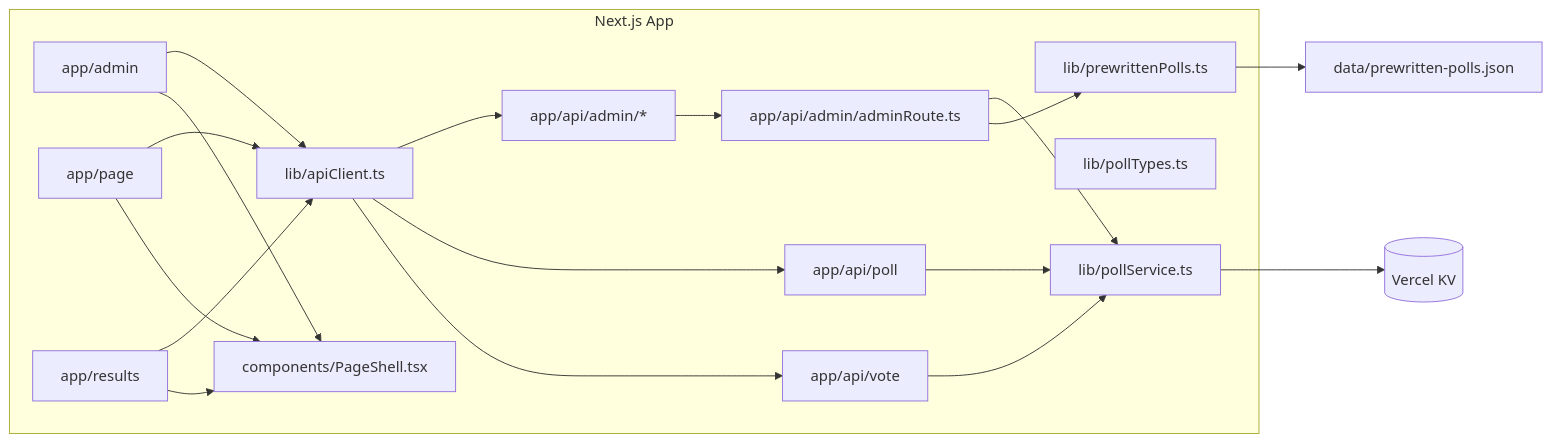
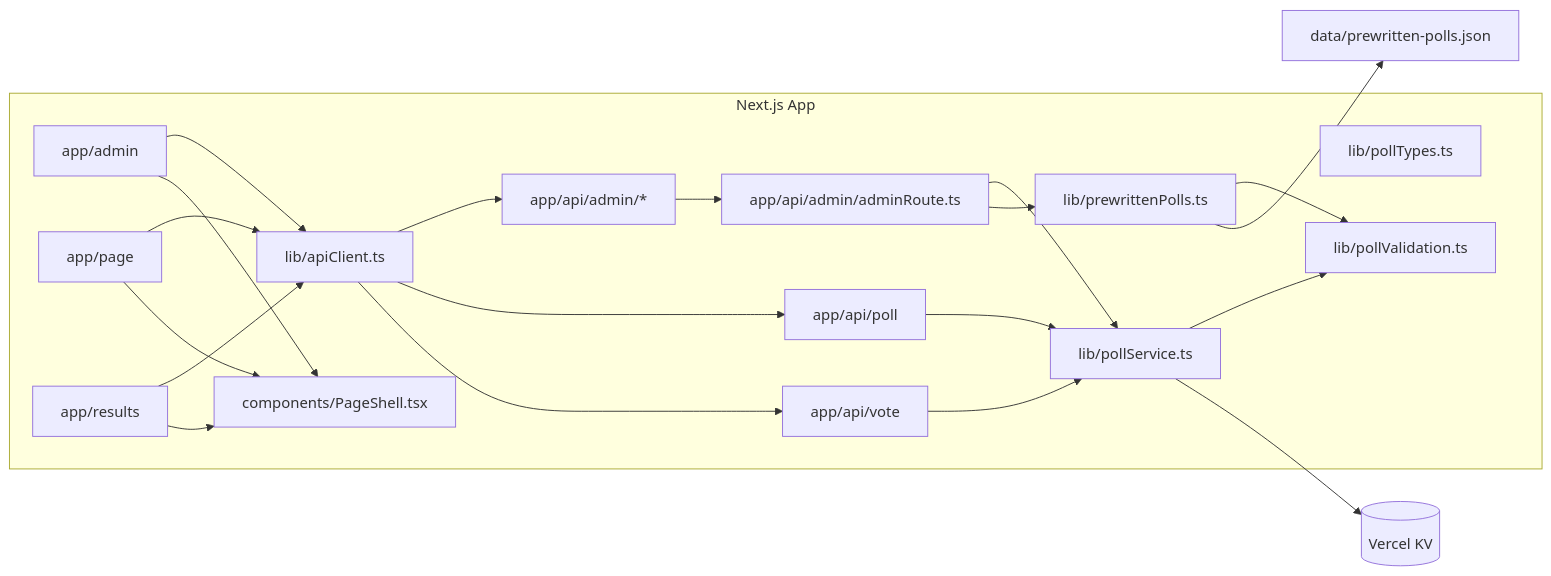
Before and after one commit to grp06/live-polling: the second of 2 diagrams in ARCHITECTURE.md, drawn with Mermaid. The commit also changed other lines of this file and 1 other file, not shown here.

Commit message:
Update architecture for poll validation

````diff
--- a/ARCHITECTURE.md
+++ b/ARCHITECTURE.md
@@ -94,33 +100,36 @@
 ```mermaid
 flowchart LR
   subgraph NextApp[Next.js App]
     AdminUI2[app/admin]
     AttendeeUI2[app/page]
     ResultsUI2[app/results]
     ApiClient2[lib/apiClient.ts]
     AdminAPI2[app/api/admin/*]
     AdminRoute2[app/api/admin/adminRoute.ts]
     PollAPI2[app/api/poll]
     VoteAPI2[app/api/vote]
     PollService2[lib/pollService.ts]
     PollTypes2[lib/pollTypes.ts]
-    Presets2[lib/prewrittenPolls.ts]
+  Presets2[lib/prewrittenPolls.ts]
+  PollValidation2[lib/pollValidation.ts]
     PageShell2[components/PageShell.tsx]
   end
   AdminUI2 --> ApiClient2
   AttendeeUI2 --> ApiClient2
   ResultsUI2 --> ApiClient2
   ApiClient2 --> AdminAPI2
   ApiClient2 --> PollAPI2
   ApiClient2 --> VoteAPI2
   AdminAPI2 --> AdminRoute2
   AdminUI2 --> PageShell2
   AttendeeUI2 --> PageShell2
   ResultsUI2 --> PageShell2
   AdminRoute2 --> PollService2
   PollAPI2 --> PollService2
   VoteAPI2 --> PollService2
+  PollService2 --> PollValidation2
+  Presets2 --> PollValidation2
   PollService2 --> KV2[(Vercel KV)]
   AdminRoute2 --> Presets2
   Presets2 --> JSONFile[data/prewritten-polls.json]
 ```
````
